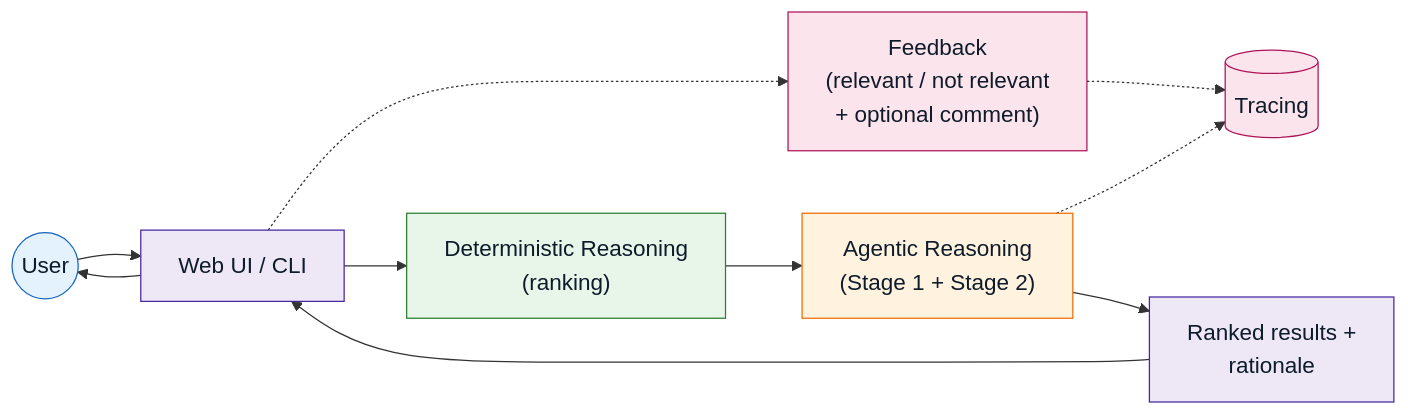
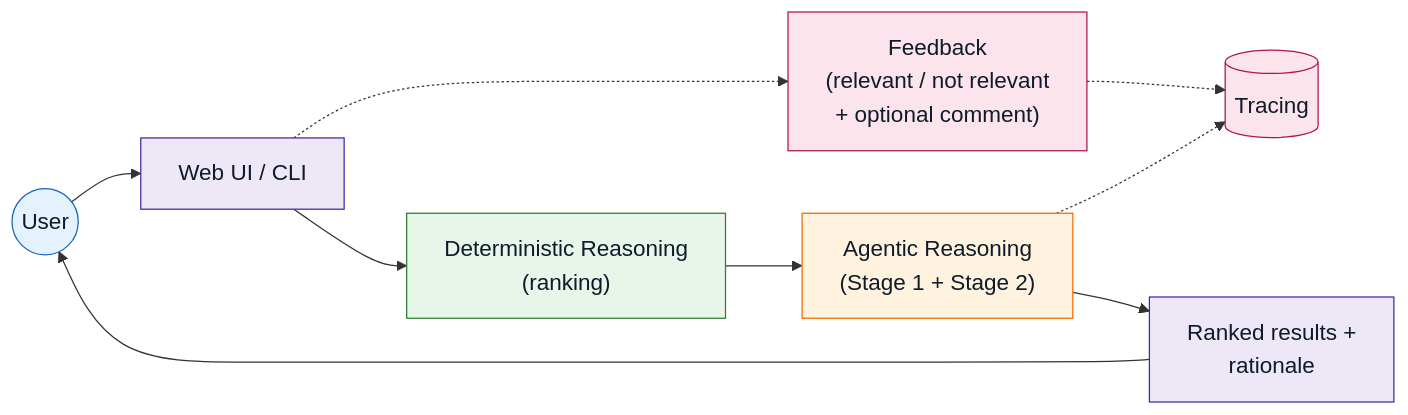
Before and after one commit to pnkjsyngh/ma-acquirer-identification-engine: the first of 3 diagrams in README.md, drawn with Mermaid.

Commit message:
fix: simplify Figure 1's closed loop to reduce diagram height
Routing the loop back through UI a second time (RESULTS -> UI -> USER)
forced a curved back-edge arc that likely pushed the diagram past GitHub's
container height, cutting off the lower half. Closes directly
(RESULTS -> USER) instead -- same closed-loop concept, shorter diagram.

````diff
--- a/README.md
+++ b/README.md
@@ -103,29 +103,29 @@
 ```mermaid
 %%{init: {'themeVariables': {'fontSize': '18px'}}}%%
 flowchart LR
     TRACE[("Tracing")]
     FEEDBACK["Feedback\n(relevant / not relevant\n+ optional comment)"]
 
     USER(("User"))
     UI["Web UI / CLI"]
     DET["Deterministic Reasoning\n(ranking)"]
     AGENT["Agentic Reasoning\n(Stage 1 + Stage 2)"]
     RESULTS["Ranked results +\nrationale"]
 
     AGENT -.-> TRACE
     UI -.-> FEEDBACK -.-> TRACE
 
-    USER --> UI --> DET --> AGENT --> RESULTS --> UI --> USER
+    USER --> UI --> DET --> AGENT --> RESULTS --> USER
 
     classDef actorNode fill:#e3f2fd,stroke:#1565c0,color:#0d1b2a
     classDef uiNode fill:#ede7f6,stroke:#4527a0,color:#0d1b2a
     classDef deterministicNode fill:#e8f5e9,stroke:#2e7d32,color:#0d1b2a
     classDef agentNode fill:#fff3e0,stroke:#ef6c00,color:#0d1b2a
     classDef sideNode fill:#fce4ec,stroke:#ad1457,color:#0d1b2a
 
     class USER actorNode
     class UI,RESULTS uiNode
     class DET deterministicNode
     class AGENT agentNode
     class TRACE,FEEDBACK sideNode
 ```
````
